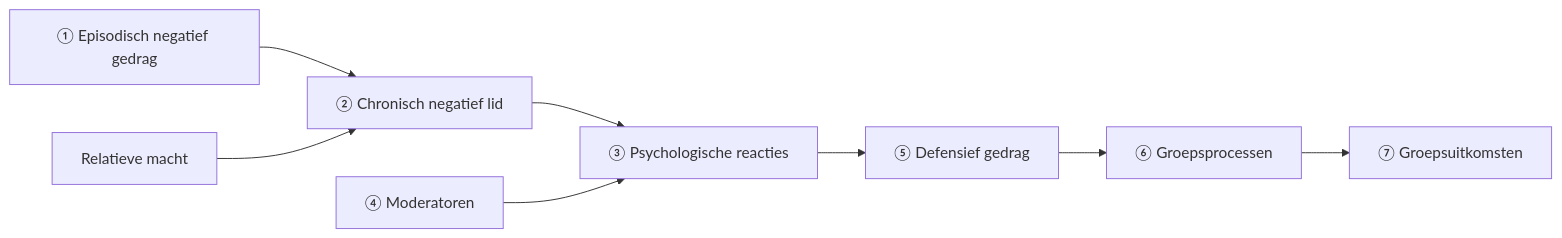
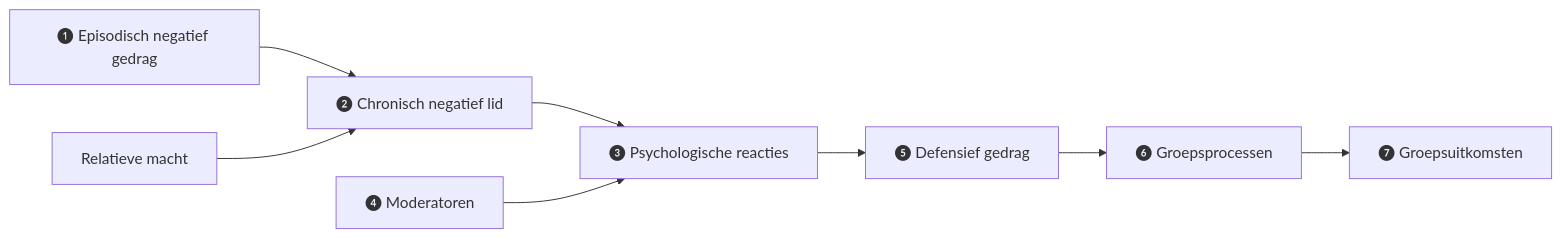
One commit to johantre/ai-value-flow-lab changed the second of 2 diagrams in articles/felps-mitchell-byington-how-when-why-bad-apples-2006.md. Above: the diagram before and after it, drawn with Mermaid. The commit also changed other lines of this file, not shown here.

Commit message:
Improve causal model: bold circled numbers, add stap 4, bullet-format stap 1 & 2

````diff
--- a/articles/felps-mitchell-byington-how-when-why-bad-apples-2006.md
+++ b/articles/felps-mitchell-byington-how-when-why-bad-apples-2006.md
@@ -81,10 +81,10 @@
 ```mermaid
 graph LR
-    A[① Episodisch negatief gedrag] --> B[② Chronisch negatief lid]
-    B --> C[③ Psychologische reacties]
-    C --> D[⑤ Defensief gedrag]
-    D --> E[⑥ Groepsprocessen]
-    E --> F[⑦ Groepsuitkomsten]
-    G[④ Moderatoren] --> C
+    A[❶ Episodisch negatief gedrag] --> B[❷ Chronisch negatief lid]
+    B --> C[❸ Psychologische reacties]
+    C --> D[❺ Defensief gedrag]
+    D --> E[❻ Groepsprocessen]
+    E --> F[❼ Groepsuitkomsten]
+    G[❹ Moderatoren] --> C
     H[Relatieve macht] --> B
 ```
````
